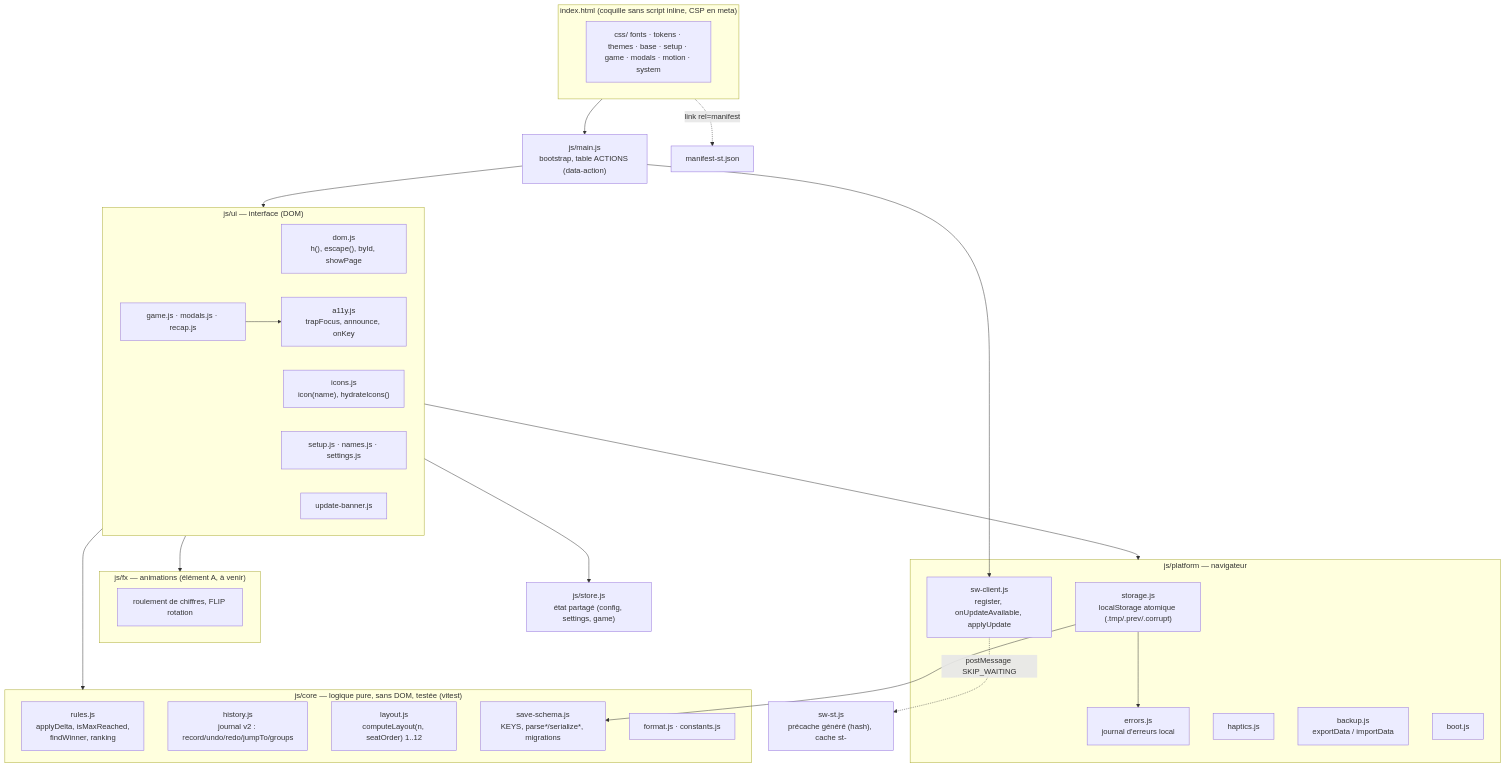
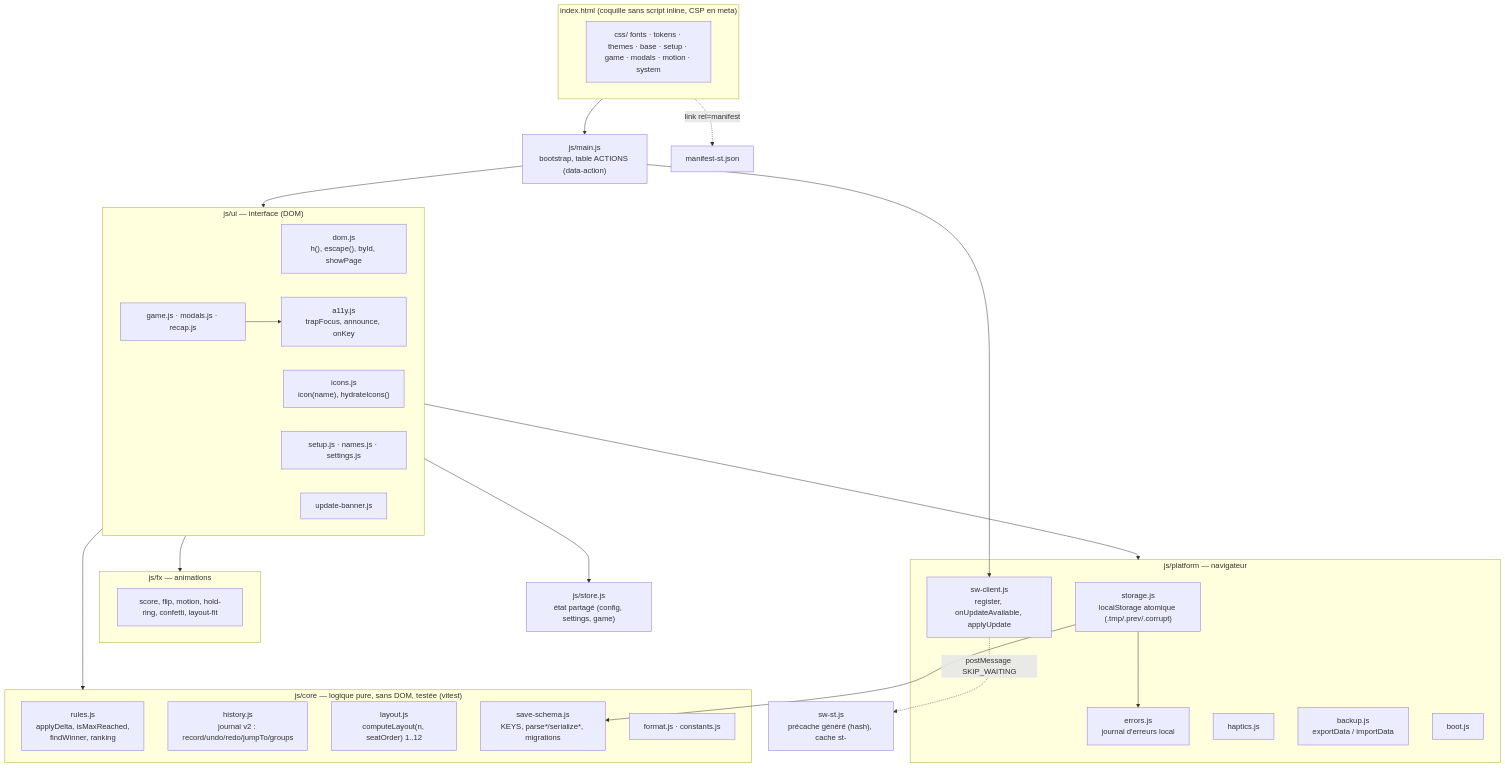
One commit to albertdafonseca-cpu/scoretrack changed the first of 4 diagrams in docs/ARCHITECTURE.md. Above: the diagram before and after it, drawn with Mermaid. The commit also changed other lines of this file and 80 other files, not shown here.

````diff
--- a/docs/ARCHITECTURE.md
+++ b/docs/ARCHITECTURE.md
@@ -9,56 +9,56 @@
 ```mermaid
 flowchart TB
   subgraph Page["index.html (coquille sans script inline, CSP en meta)"]
     CSS["css/ fonts · tokens · themes · base · setup · game · modals · motion · system"]
   end
 
   MAIN["js/main.js\nbootstrap, table ACTIONS (data-action)"]
 
   subgraph UI["js/ui — interface (DOM)"]
     DOM["dom.js\nh(), escape(), byId, showPage"]
     ICONS["icons.js\nicon(name), hydrateIcons()"]
     A11Y["a11y.js\ntrapFocus, announce, onKey"]
     SETUP["setup.js · names.js · settings.js"]
     GAME["game.js · modals.js · recap.js"]
     BANNER["update-banner.js"]
   end
 
-  subgraph FX["js/fx — animations (élément A, à venir)"]
-    FXM["roulement de chiffres, FLIP rotation"]
+  subgraph FX["js/fx — animations"]
+    FXM["score, flip, motion, hold-ring, confetti, layout-fit"]
   end
 
   subgraph CORE["js/core — logique pure, sans DOM, testée (vitest)"]
     RULES["rules.js\napplyDelta, isMaxReached,\nfindWinner, ranking"]
     HIST["history.js\njournal v2 : record/undo/redo/jumpTo/groups"]
     LAYOUT["layout.js\ncomputeLayout(n, seatOrder) 1..12"]
     SCHEMA["save-schema.js\nKEYS, parse*/serialize*, migrations"]
     FMT["format.js · constants.js"]
   end
 
   STORE["js/store.js\nétat partagé (config, settings, game)"]
 
   subgraph PLATFORM["js/platform — navigateur"]
     STORAGE["storage.js\nlocalStorage atomique (.tmp/.prev/.corrupt)"]
     SWC["sw-client.js\nregister, onUpdateAvailable, applyUpdate"]
     ERR["errors.js\njournal d'erreurs local"]
     HAPT["haptics.js"]
     BACKUP["backup.js\nexportData / importData"]
     BOOT["boot.js"]
   end
 
   SW["sw-st.js\nprécache généré (hash), cache st-<hash>"]
   MANIFEST["manifest-st.json"]
 
   Page --> MAIN
   MAIN --> UI
   UI --> CORE
   UI --> STORE
   UI --> PLATFORM
   UI --> FX
   GAME --> A11Y
   STORAGE --> SCHEMA
   STORAGE --> ERR
   SWC -. postMessage SKIP_WAITING .-> SW
   Page -. link rel=manifest .-> MANIFEST
   MAIN --> SWC
 ```
````
